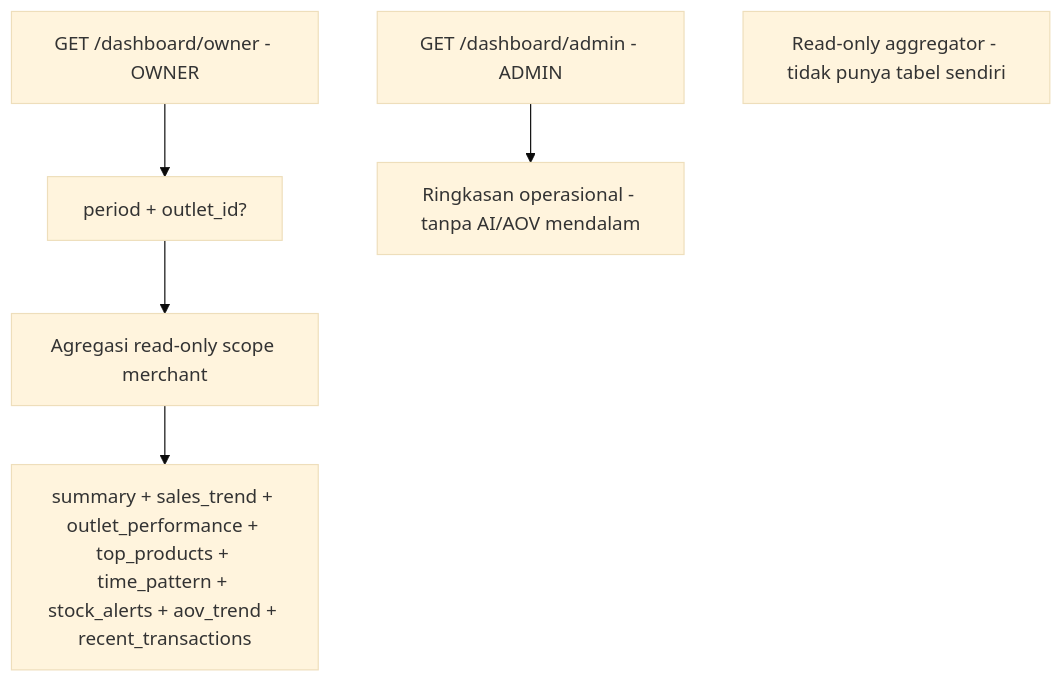
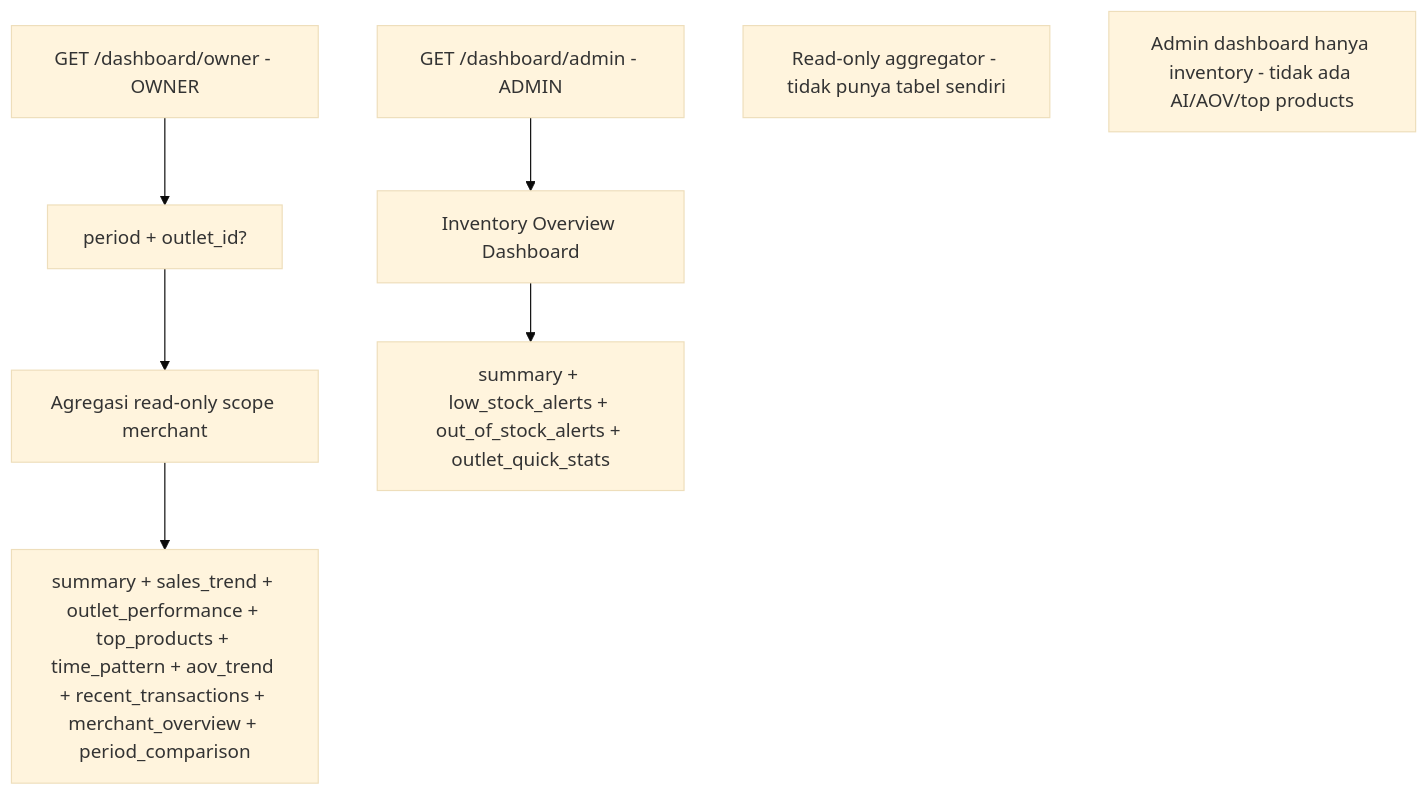
Diagram 18 of 21 in docs/system-flow.md (TeamOneee/pos-project-be), drawn with Mermaid (base theme) before and after one commit. The commit also changed other lines of this file and 9 other files, not shown here.

````diff
--- a/docs/system-flow.md
+++ b/docs/system-flow.md
@@ -373,9 +434,12 @@
 ```mermaid
 flowchart TD
     OWN[GET /dashboard/owner - OWNER] --> P[period + outlet_id?]
     P --> AGG[Agregasi read-only scope merchant]
-    AGG --> R[summary + sales_trend + outlet_performance + top_products + time_pattern + stock_alerts + aov_trend + recent_transactions]
-    ADM[GET /dashboard/admin - ADMIN] --> A2[Ringkasan operasional - tanpa AI/AOV mendalam]
+    AGG --> R[summary + sales_trend + outlet_performance + top_products + time_pattern + aov_trend + recent_transactions + merchant_overview + period_comparison]
+
+    ADM[GET /dashboard/admin - ADMIN] --> A2[Inventory Overview Dashboard]
+    A2 --> A3[summary + low_stock_alerts + out_of_stock_alerts + outlet_quick_stats]
 
     NOTE[Read-only aggregator - tidak punya tabel sendiri]
+    NOTE2[Admin dashboard hanya inventory - tidak ada AI/AOV/top products]
 ```
````
